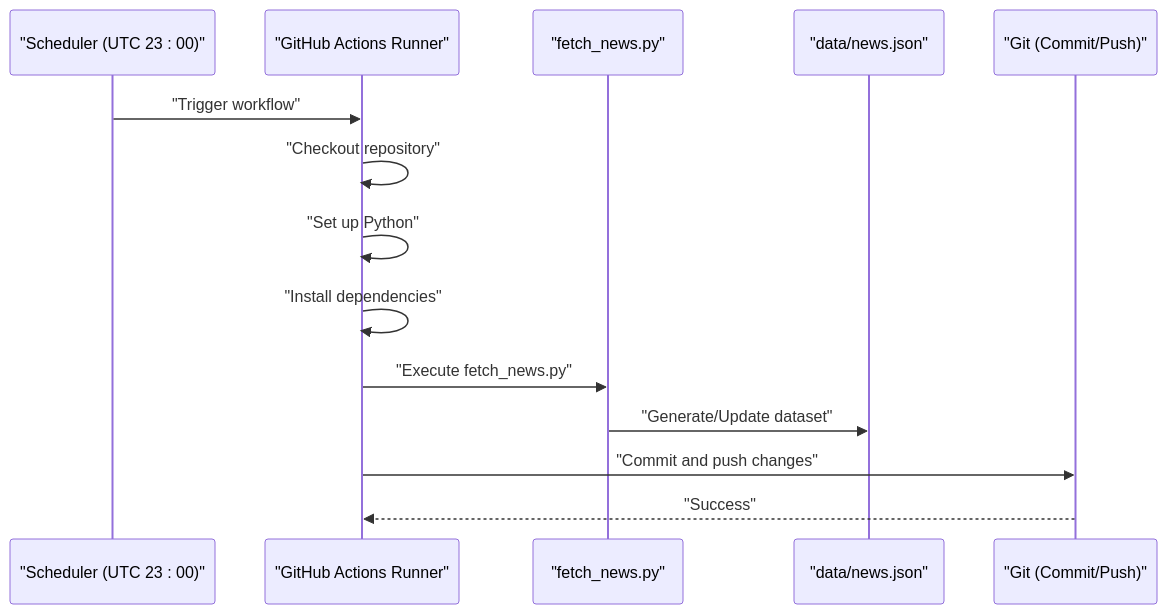
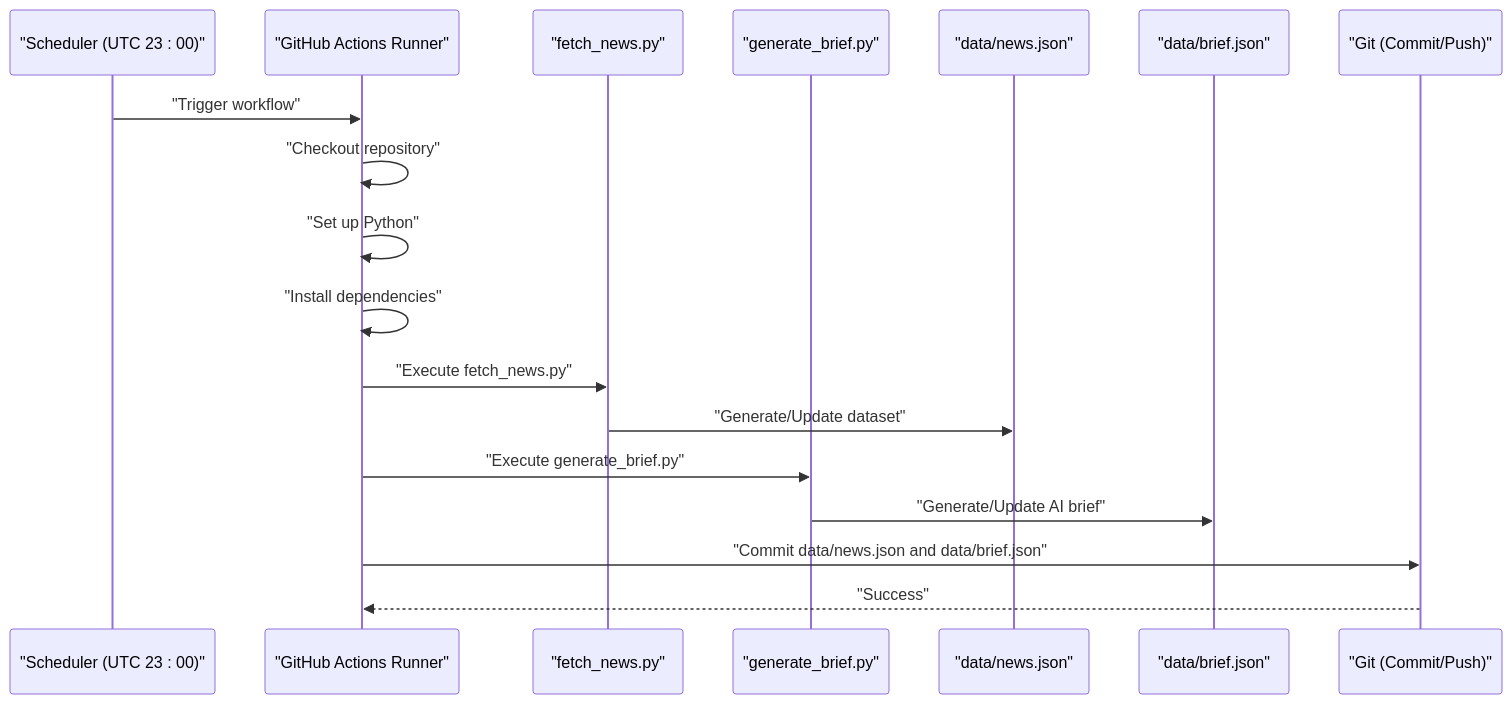
The second of 8 diagrams in .qoder/repowiki/en/content/Deployment & Automation.md (junxie01/daily_news), drawn with Mermaid before and after one commit. The commit also changed other lines of this file and 3 other files, not shown here.

````diff
--- a/.qoder/repowiki/en/content/Deployment & Automation.md
+++ b/.qoder/repowiki/en/content/Deployment & Automation.md
@@ -94,16 +118,20 @@
 ```mermaid
 sequenceDiagram
 participant Scheduler as "Scheduler (UTC 23 : 00)"
 participant Actions as "GitHub Actions Runner"
-participant Script as "fetch_news.py"
-participant Data as "data/news.json"
+participant Fetcher as "fetch_news.py"
+participant BriefGen as "generate_brief.py"
+participant NewsData as "data/news.json"
+participant BriefData as "data/brief.json"
 participant VCS as "Git (Commit/Push)"
 Scheduler->>Actions : "Trigger workflow"
 Actions->>Actions : "Checkout repository"
 Actions->>Actions : "Set up Python"
 Actions->>Actions : "Install dependencies"
-Actions->>Script : "Execute fetch_news.py"
-Script->>Data : "Generate/Update dataset"
-Actions->>VCS : "Commit and push changes"
+Actions->>Fetcher : "Execute fetch_news.py"
+Fetcher->>NewsData : "Generate/Update dataset"
+Actions->>BriefGen : "Execute generate_brief.py"
+BriefGen->>BriefData : "Generate/Update AI brief"
+Actions->>VCS : "Commit data/news.json and data/brief.json"
 VCS-->>Actions : "Success"
 ```
````
